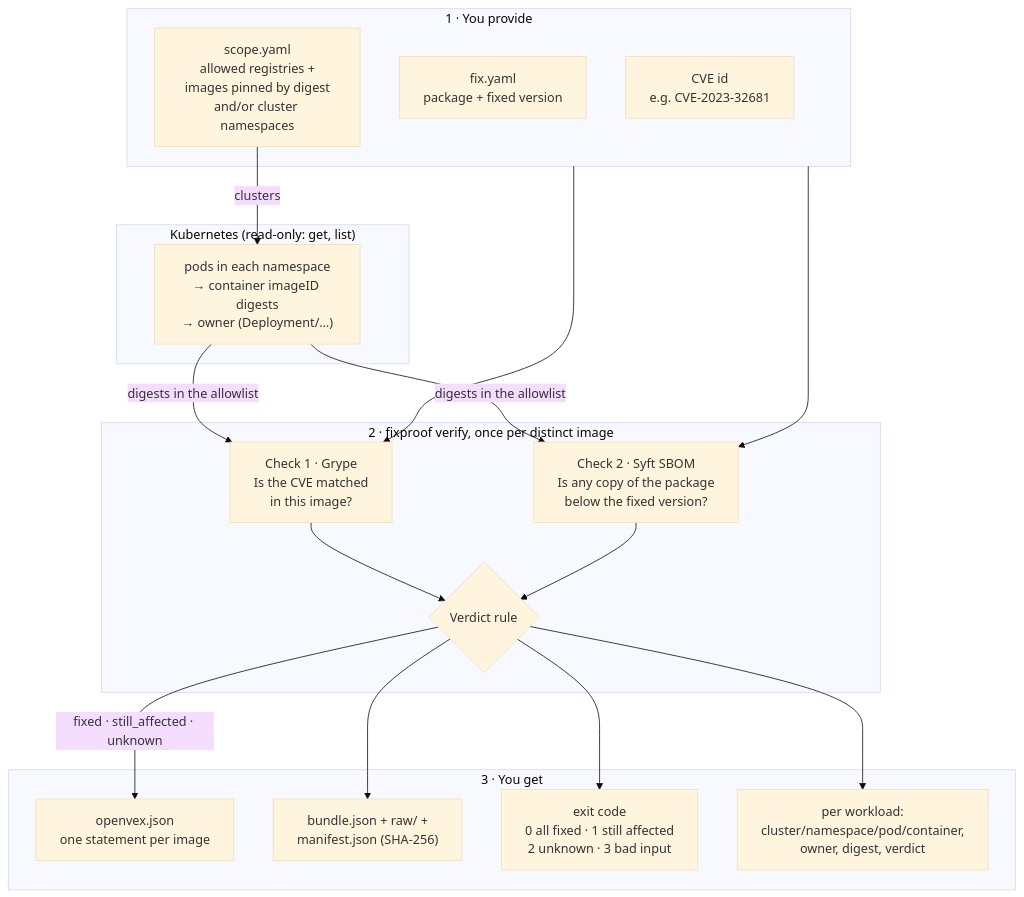
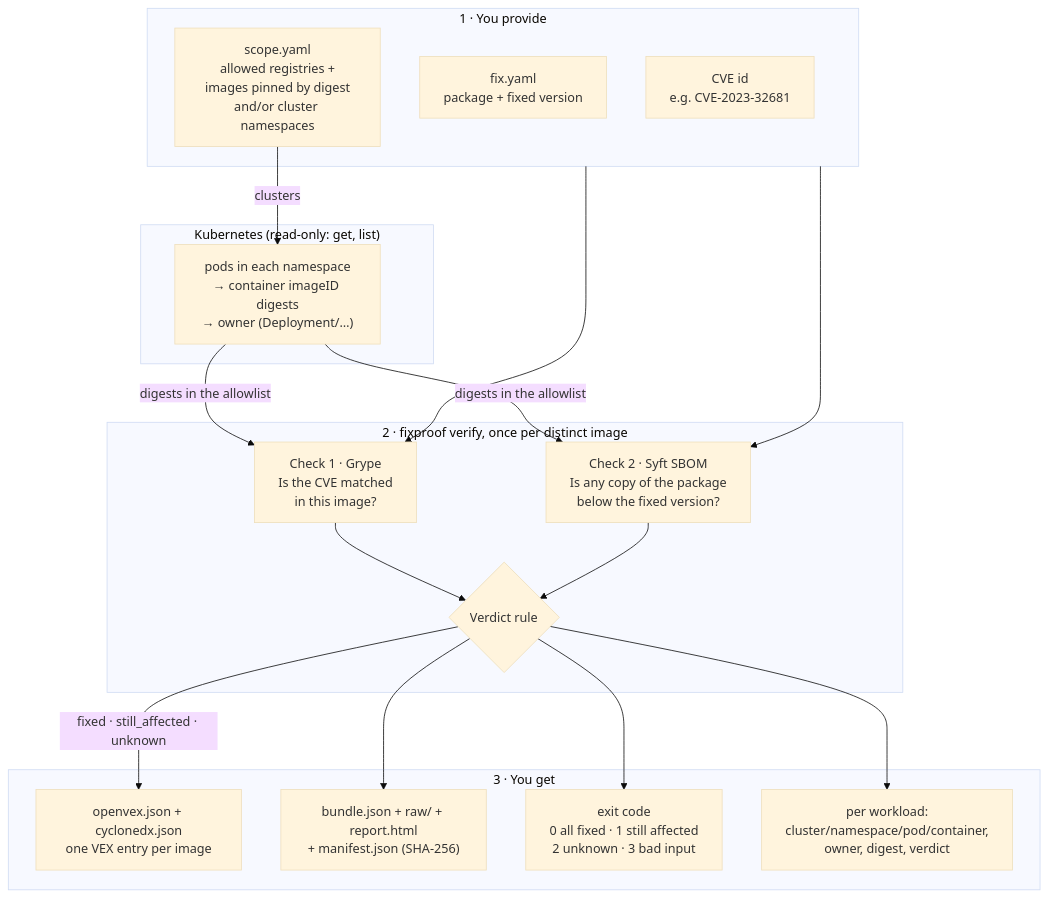
The first of 4 diagrams in README.md (Govardhan527/fixproof), drawn with Mermaid (base theme) before and after one commit. The commit also changed other lines of this file and 4 other files, not shown here.

````diff
--- a/README.md
+++ b/README.md
@@ -53,37 +54,37 @@
 ```mermaid
 flowchart TD
     subgraph IN["1 · You provide"]
         CVE["CVE id<br/>e.g. CVE-2023-32681"]
         FIX["fix.yaml<br/>package + fixed version"]
         SCOPE["scope.yaml<br/>allowed registries +<br/>images pinned by digest<br/>and/or cluster namespaces"]
     end
 
     subgraph K8S["Kubernetes (read-only: get, list)"]
         PODS["pods in each namespace<br/>→ container imageID digests<br/>→ owner (Deployment/…)"]
     end
 
     subgraph RUN["2 · fixproof verify, once per distinct image"]
         G["Check 1 · Grype<br/>Is the CVE matched<br/>in this image?"]
         S["Check 2 · Syft SBOM<br/>Is any copy of the package<br/>below the fixed version?"]
         V{"Verdict rule"}
     end
 
     subgraph OUT["3 · You get"]
-        VEX["openvex.json<br/>one statement per image"]
-        BUNDLE["bundle.json + raw/ +<br/>manifest.json (SHA-256)"]
+        VEX["openvex.json + cyclonedx.json<br/>one VEX entry per image"]
+        BUNDLE["bundle.json + raw/ + report.html<br/>+ manifest.json (SHA-256)"]
         CODE["exit code<br/>0 all fixed · 1 still affected<br/>2 unknown · 3 bad input"]
         WL["per workload:<br/>cluster/namespace/pod/container,<br/>owner, digest, verdict"]
     end
 
     SCOPE -- clusters --> PODS
     PODS -- "digests in the allowlist" --> G
     PODS -- "digests in the allowlist" --> S
     IN --> G
     IN --> S
     G --> V
     S --> V
     V -- "fixed · still_affected · unknown" --> VEX
     V --> BUNDLE
     V --> CODE
     V --> WL
 ```
````
